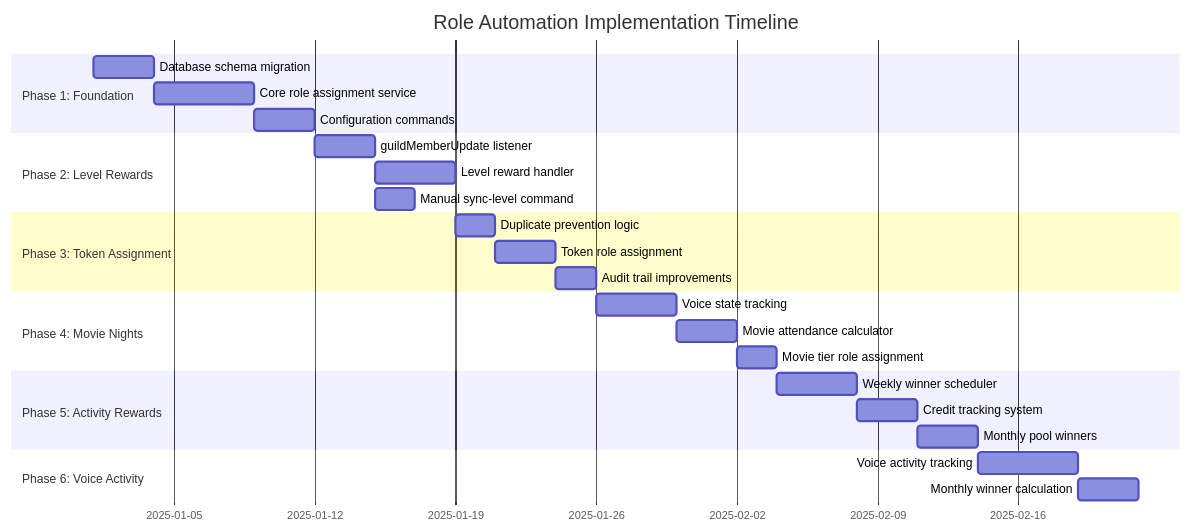
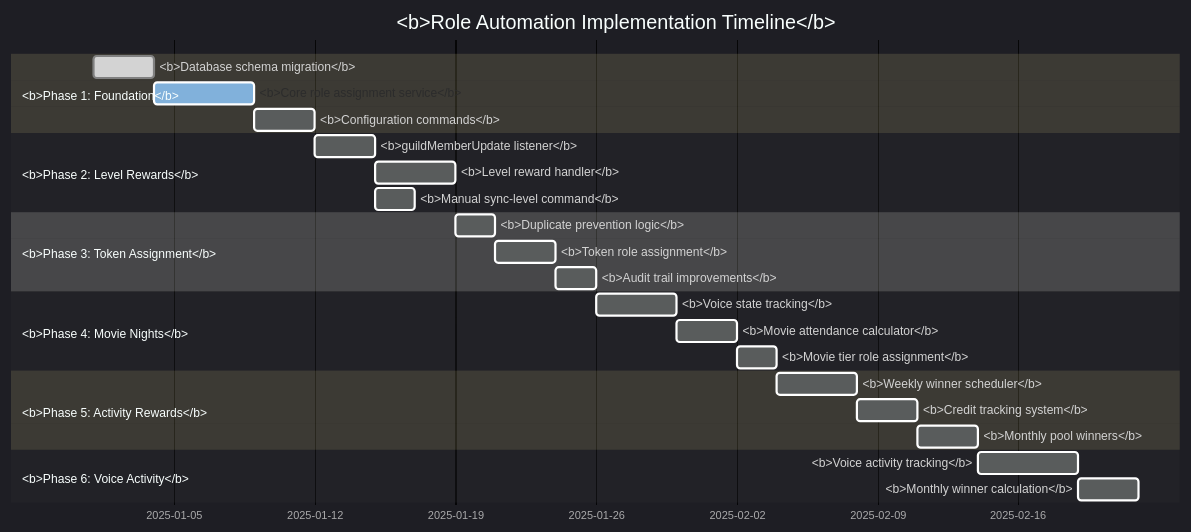
The eighth of 9 diagrams in docs/roadmap/ROLE_AUTOMATION_PLAN.md (watchthelight/pawtech-v2), drawn with Mermaid before and after one commit. The commit also changed other lines of this file, not shown here.

Commit message:
Chart visibility updates

````diff
--- a/docs/roadmap/ROLE_AUTOMATION_PLAN.md
+++ b/docs/roadmap/ROLE_AUTOMATION_PLAN.md
@@ -816,33 +838,35 @@
 ```mermaid
+%%{init: {'theme':'dark', 'themeVariables': { 'fontSize':'14px', 'gridColor':'#444', 'gridLineStartPadding':150}}}%%
 gantt
-    title Role Automation Implementation Timeline
+    title <b>Role Automation Implementation Timeline</b>
     dateFormat YYYY-MM-DD
-    section Phase 1: Foundation
-    Database schema migration           :p1a, 2025-01-01, 3d
-    Core role assignment service        :p1b, after p1a, 5d
-    Configuration commands              :p1c, after p1b, 3d
 
-    section Phase 2: Level Rewards
-    guildMemberUpdate listener          :p2a, after p1c, 3d
-    Level reward handler                :p2b, after p2a, 4d
-    Manual sync-level command           :p2c, after p2a, 2d
+    section <b>Phase 1: Foundation</b>
+    <b>Database schema migration</b>           :done, p1a, 2025-01-01, 3d
+    <b>Core role assignment service</b>        :active, p1b, after p1a, 5d
+    <b>Configuration commands</b>              :p1c, after p1b, 3d
 
-    section Phase 3: Token Assignment
-    Duplicate prevention logic          :p3a, after p2b, 2d
-    Token role assignment               :p3b, after p3a, 3d
-    Audit trail improvements            :p3c, after p3b, 2d
+    section <b>Phase 2: Level Rewards</b>
+    <b>guildMemberUpdate listener</b>          :p2a, after p1c, 3d
+    <b>Level reward handler</b>                :p2b, after p2a, 4d
+    <b>Manual sync-level command</b>           :p2c, after p2a, 2d
 
-    section Phase 4: Movie Nights
-    Voice state tracking                :p4a, after p3c, 4d
-    Movie attendance calculator         :p4b, after p4a, 3d
-    Movie tier role assignment          :p4c, after p4b, 2d
+    section <b>Phase 3: Token Assignment</b>
+    <b>Duplicate prevention logic</b>          :p3a, after p2b, 2d
+    <b>Token role assignment</b>               :p3b, after p3a, 3d
+    <b>Audit trail improvements</b>            :p3c, after p3b, 2d
 
-    section Phase 5: Activity Rewards
-    Weekly winner scheduler             :p5a, after p4c, 4d
-    Credit tracking system              :p5b, after p5a, 3d
-    Monthly pool winners                :p5c, after p5b, 3d
+    section <b>Phase 4: Movie Nights</b>
+    <b>Voice state tracking</b>                :p4a, after p3c, 4d
+    <b>Movie attendance calculator</b>         :p4b, after p4a, 3d
+    <b>Movie tier role assignment</b>          :p4c, after p4b, 2d
 
-    section Phase 6: Voice Activity
-    Voice activity tracking             :p6a, after p5c, 5d
-    Monthly winner calculation          :p6b, after p6a, 3d
+    section <b>Phase 5: Activity Rewards</b>
+    <b>Weekly winner scheduler</b>             :p5a, after p4c, 4d
+    <b>Credit tracking system</b>              :p5b, after p5a, 3d
+    <b>Monthly pool winners</b>                :p5c, after p5b, 3d
+
+    section <b>Phase 6: Voice Activity</b>
+    <b>Voice activity tracking</b>             :p6a, after p5c, 5d
+    <b>Monthly winner calculation</b>          :p6b, after p6a, 3d
 ```
````
